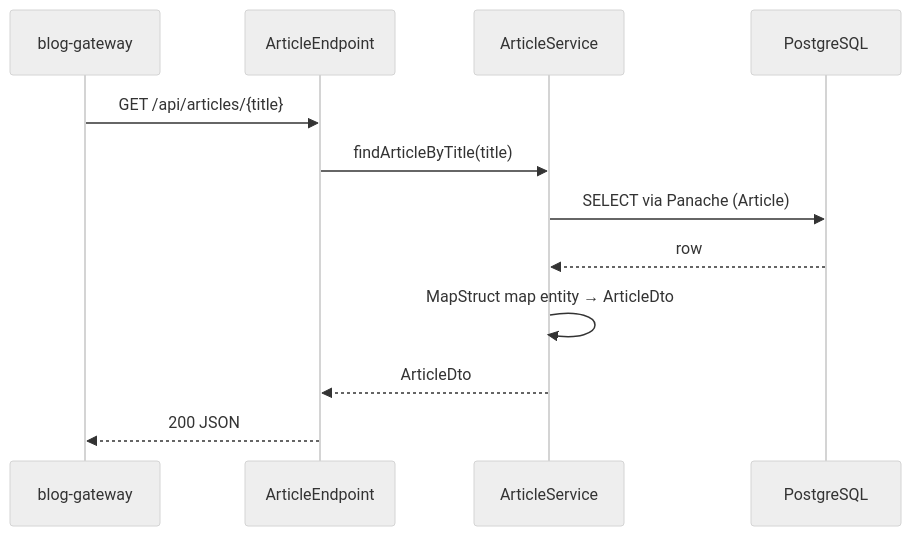
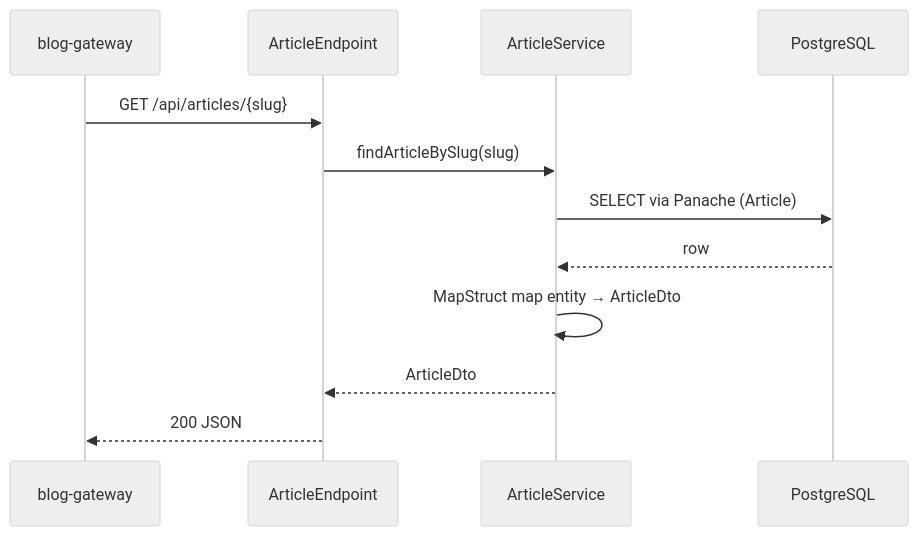
The diagram in docs/architecture/06-runtime-view.md (IdiGath/article-service), drawn with Mermaid (neutral theme) before and after one commit. The commit also changed other lines of this file and 17 other files, not shown here.

````diff
--- a/docs/architecture/06-runtime-view.md
+++ b/docs/architecture/06-runtime-view.md
@@ -13,14 +13,14 @@
 ```mermaid
 sequenceDiagram
     participant GW as blog-gateway
     participant EP as ArticleEndpoint
     participant SV as ArticleService
     participant DB as PostgreSQL
-    GW->>EP: GET /api/articles/{title}
-    EP->>SV: findArticleByTitle(title)
+    GW->>EP: GET /api/articles/{slug}
+    EP->>SV: findArticleBySlug(slug)
     SV->>DB: SELECT via Panache (Article)
     DB-->>SV: row
     SV->>SV: MapStruct map entity → ArticleDto
     SV-->>EP: ArticleDto
     EP-->>GW: 200 JSON
 ```
````
